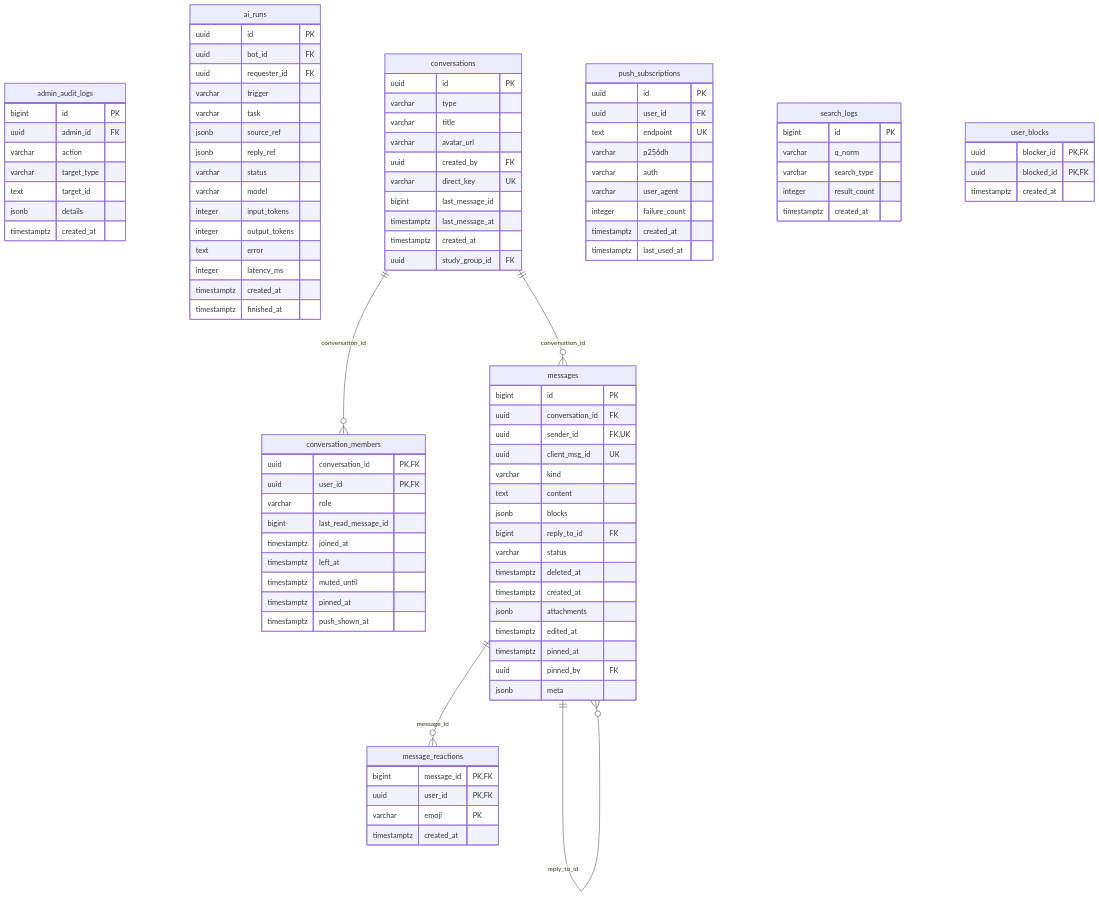
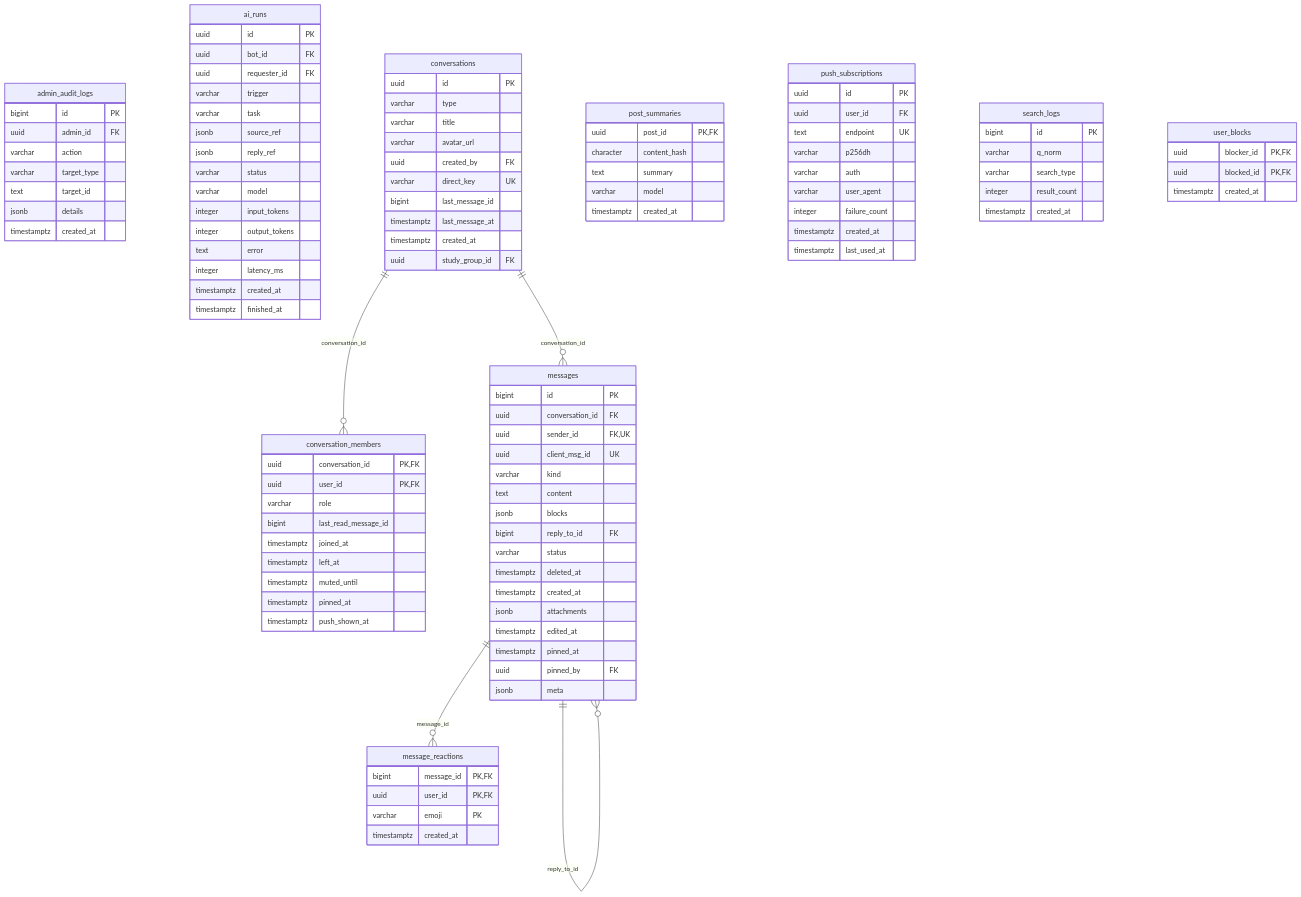
One commit to nhatcoi/pu-connect changed the sixth of 6 diagrams in docs/diagrams/04-erd.md. Above: the diagram before and after it, drawn with Mermaid. The commit also changed other lines of this file and 4 other files, not shown here.

Commit message:
docs(ai): document post summaries, ERD and diagrams

```diff
--- a/docs/diagrams/04-erd.md
+++ b/docs/diagrams/04-erd.md
@@ -483,6 +484,13 @@
     uuid pinned_by FK
     jsonb meta
   }
+  post_summaries {
+    uuid post_id PK,FK
+    character content_hash
+    text summary
+    varchar model
+    timestamptz created_at
+  }
   push_subscriptions {
     uuid id PK
     uuid user_id FK
```
